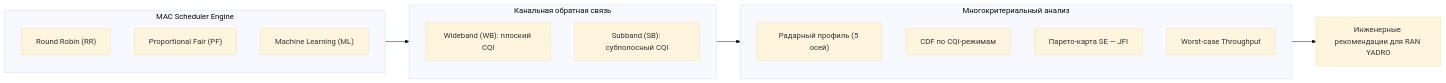
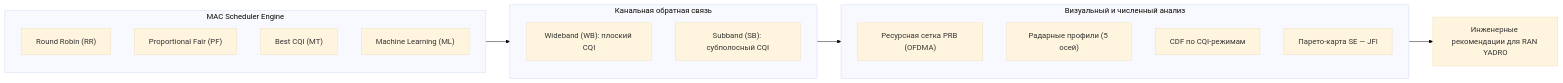
Before and after one commit to AndreyDvornikov/Ns3-YADRO-reps: the diagram in week-02.md, drawn with Mermaid (base theme). The commit also changed other lines of this file and 3 other files, not shown here.

Commit message:
Добавлены ресурсная сетка (05_resource_grid_rr_pf_bcqi.png) и радарное сравнение с BCQI (01b_radar_comparison_bcqi.png)

````diff
--- a/week-02.md
+++ b/week-02.md
@@ -7,24 +7,25 @@
 ```mermaid
 flowchart LR
     subgraph Scheduling["MAC Scheduler Engine"]
         RR["Round Robin (RR)"]
         PF["Proportional Fair (PF)"]
+        BCQI["Best CQI (MT)"]
         ML["Machine Learning (ML)"]
     end
 
     subgraph ChannelFeedback["Канальная обратная связь"]
         WB["Wideband (WB): плоский CQI"]
         SB["Subband (SB): субполосный CQI"]
     end
 
-    subgraph MetricsEngine["Многокритериальный анализ"]
-        Radar["Радарный профиль (5 осей)"]
+    subgraph VisualAnalysis["Визуальный и численный анализ"]
+        Grid["Ресурсная сетка PRB (OFDMA)"]
+        Radar["Радарные профили (5 осей)"]
         CDF["CDF по CQI-режимам"]
         Pareto["Парето-карта SE — JFI"]
-        WorstUE["Worst-case Throughput"]
     end
 
     Scheduling --> ChannelFeedback
-    ChannelFeedback --> MetricsEngine
-    MetricsEngine --> Decisions["Инженерные рекомендации для RAN YADRO"]
+    ChannelFeedback --> VisualAnalysis
+    VisualAnalysis --> Decisions["Инженерные рекомендации для RAN YADRO"]
 ```
````
